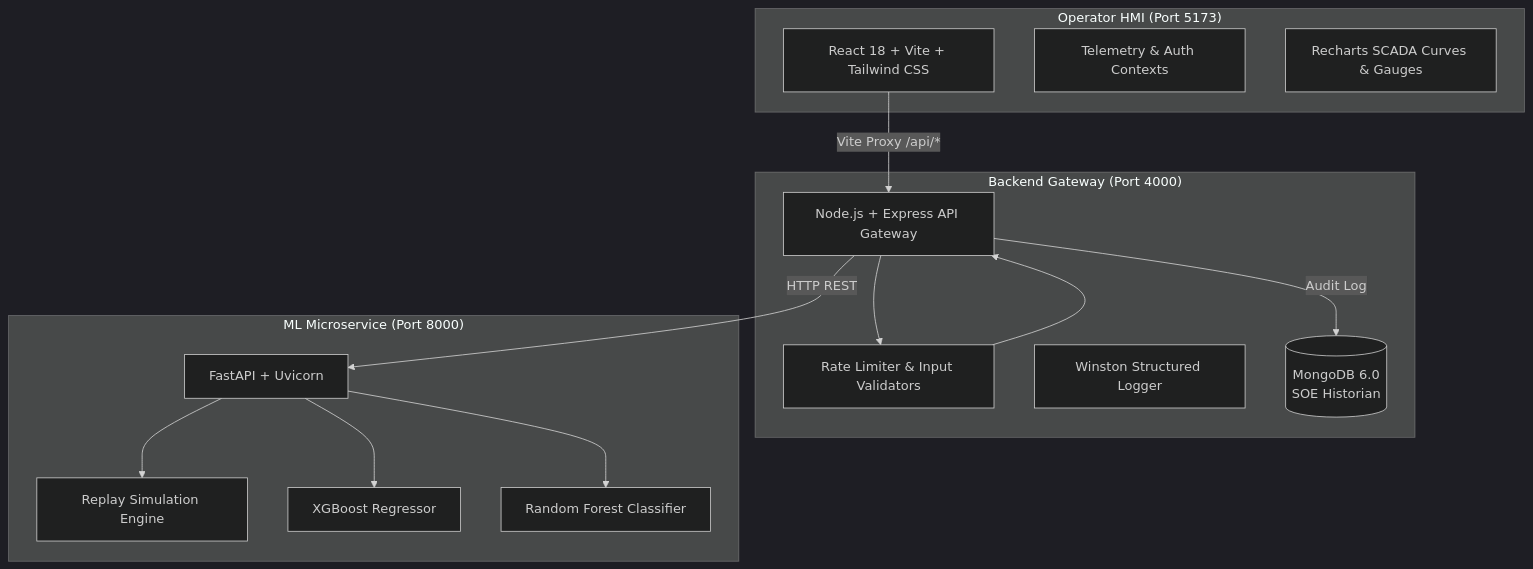
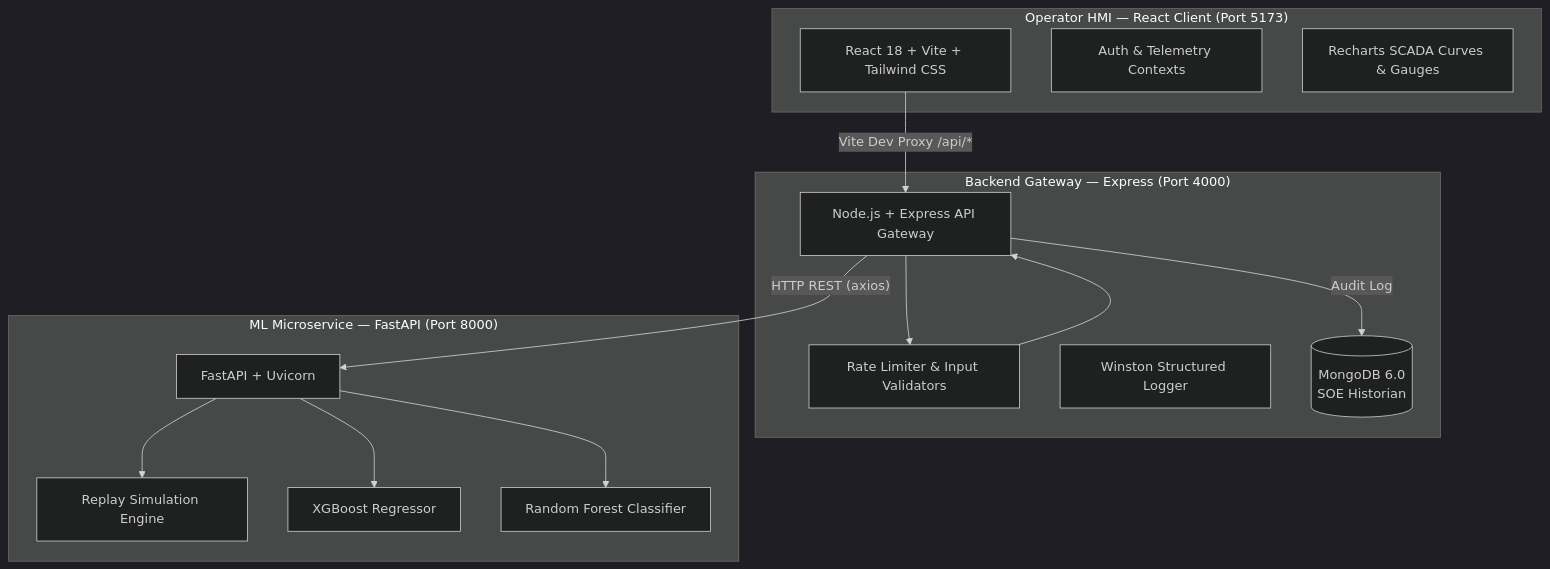
Before and after one commit to dhruvajyoti1/SMART_DC: the diagram in README.md, drawn with Mermaid (dark theme). The commit also changed other lines of this file and 4 other files, not shown here.

````diff
--- a/README.md
+++ b/README.md
@@ -39,30 +67,30 @@
 ```mermaid
 flowchart TD
-    subgraph Client["Operator HMI (Port 5173)"]
+    subgraph Client["Operator HMI — React Client (Port 5173)"]
         UI["React 18 + Vite + Tailwind CSS"]
-        Ctx["Telemetry & Auth Contexts"]
+        Ctx["Auth & Telemetry Contexts"]
         Charts["Recharts SCADA Curves & Gauges"]
     end
 
-    subgraph Gateway["Backend Gateway (Port 4000)"]
+    subgraph Gateway["Backend Gateway — Express (Port 4000)"]
         Express["Node.js + Express API Gateway"]
         Middleware["Rate Limiter & Input Validators"]
         Logger["Winston Structured Logger"]
         DB[("MongoDB 6.0\nSOE Historian")]
     end
 
-    subgraph MLService["ML Microservice (Port 8000)"]
+    subgraph MLService["ML Microservice — FastAPI (Port 8000)"]
         FastAPI["FastAPI + Uvicorn"]
         Engine["Replay Simulation Engine"]
         XGB["XGBoost Regressor"]
         RF["Random Forest Classifier"]
     end
 
-    UI -->|Vite Proxy /api/*| Express
+    UI -->|"Vite Dev Proxy /api/*"| Express
     Express --> Middleware --> Express
-    Express -->|Audit Log| DB
-    Express -->|HTTP REST| FastAPI
+    Express -->|"Audit Log"| DB
+    Express -->|"HTTP REST (axios)"| FastAPI
     FastAPI --> Engine
     FastAPI --> XGB
     FastAPI --> RF
 ```
````
